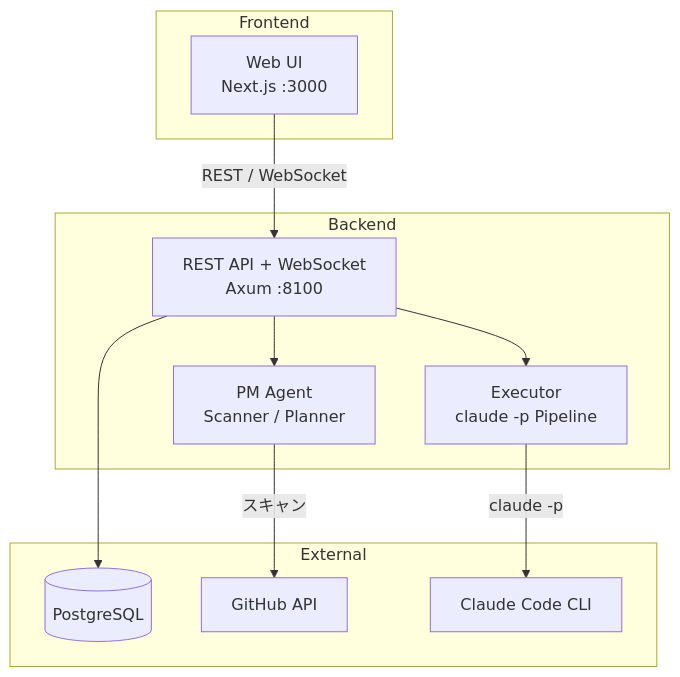
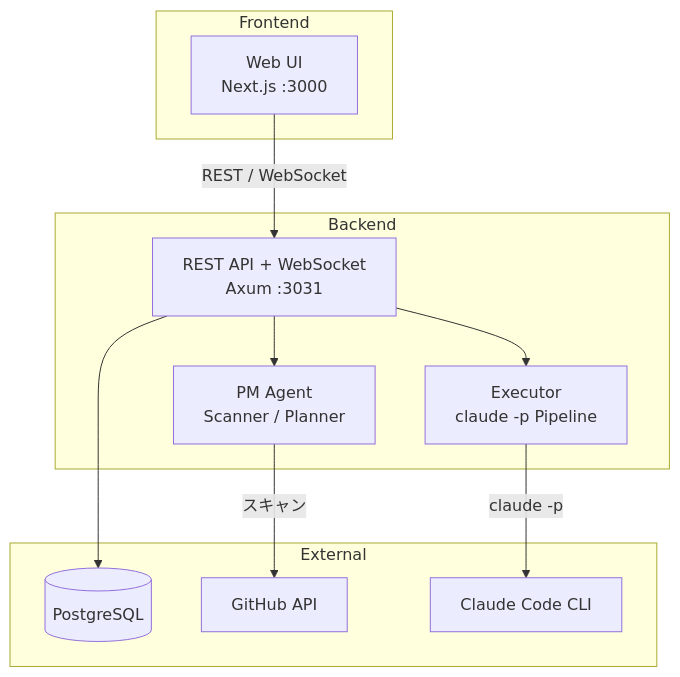
One commit to sode0417/ai-dev-team changed the first of 2 diagrams in README.md. Above: the diagram before and after it, drawn with Mermaid. The commit also changed other lines of this file and 3 other files, not shown here.

````diff
--- a/README.md
+++ b/README.md
@@ -19,25 +19,25 @@
 ```mermaid
 graph TB
     subgraph Frontend
         UI[Web UI<br/>Next.js :3000]
     end
 
     subgraph Backend
-        API[REST API + WebSocket<br/>Axum :8100]
+        API[REST API + WebSocket<br/>Axum :3031]
         PM[PM Agent<br/>Scanner / Planner]
         EX[Executor<br/>claude -p Pipeline]
     end
 
     subgraph External
         DB[(PostgreSQL)]
         GH[GitHub API]
         CC[Claude Code CLI]
     end
 
     UI -->|REST / WebSocket| API
     API --> PM
     API --> EX
     PM -->|スキャン| GH
     EX -->|claude -p| CC
     API --> DB
 ```
````
